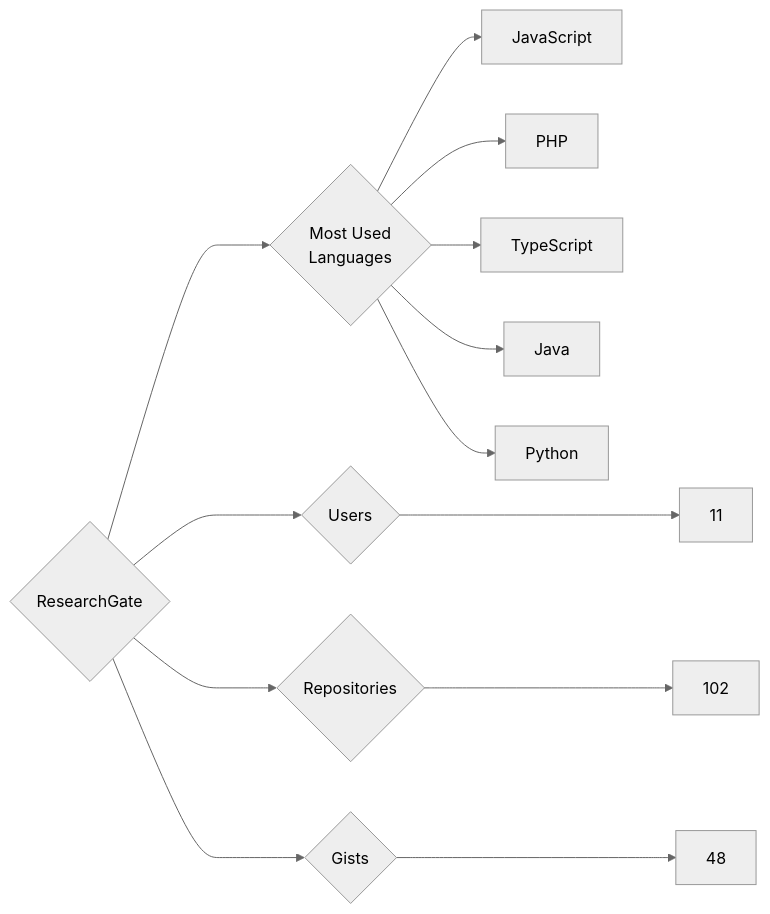
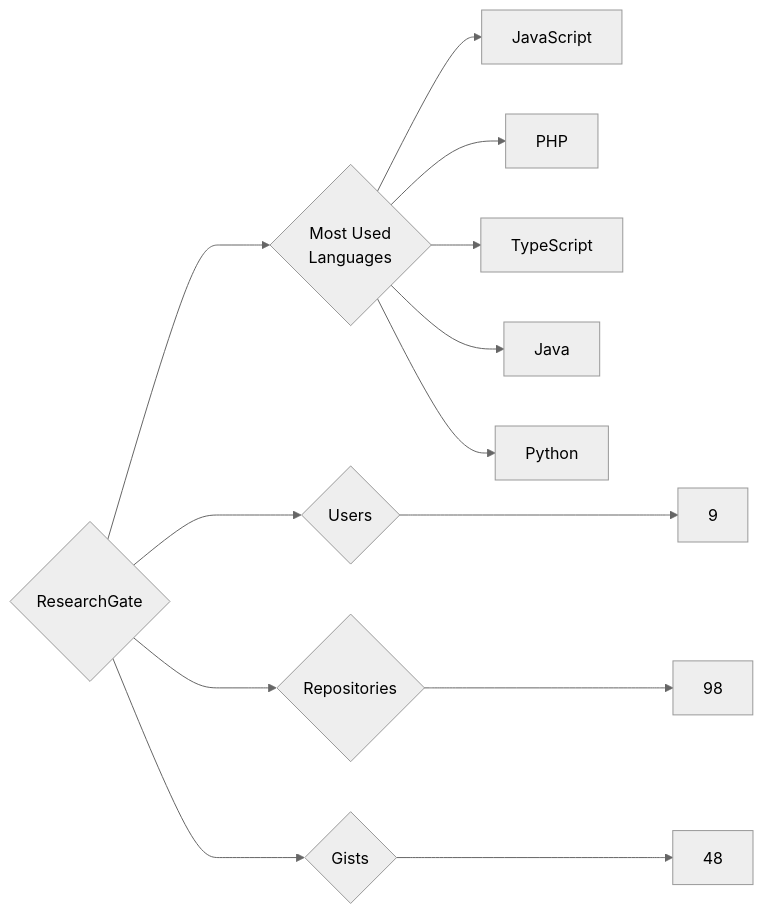
Before and after one commit to trickest/insiders: the diagram in targets/ResearchGate/README.md, drawn with Mermaid (neutral theme). The commit also changed 851 other files, not shown here.

````diff
--- a/targets/ResearchGate/README.md
+++ b/targets/ResearchGate/README.md
@@ -3,13 +3,13 @@
 ```mermaid
 graph LR
 COMPANY_NAME{ResearchGate}
-COMPANY_NAME ---> U{Users} ---> UN[11]
-COMPANY_NAME ---> R{Repositories} ---> RN[102]
+COMPANY_NAME ---> U{Users} ---> UN[9]
+COMPANY_NAME ---> R{Repositories} ---> RN[98]
 COMPANY_NAME ---> G{Gists} ---> GN[48]
 COMPANY_NAME ---> ML{Most Used<br>Languages}
 ML --> JavaScript[JavaScript]
 ML --> PHP[PHP]
 ML --> TypeScript[TypeScript]
 ML --> Java[Java]
 ML --> Python[Python]
 ```
````
